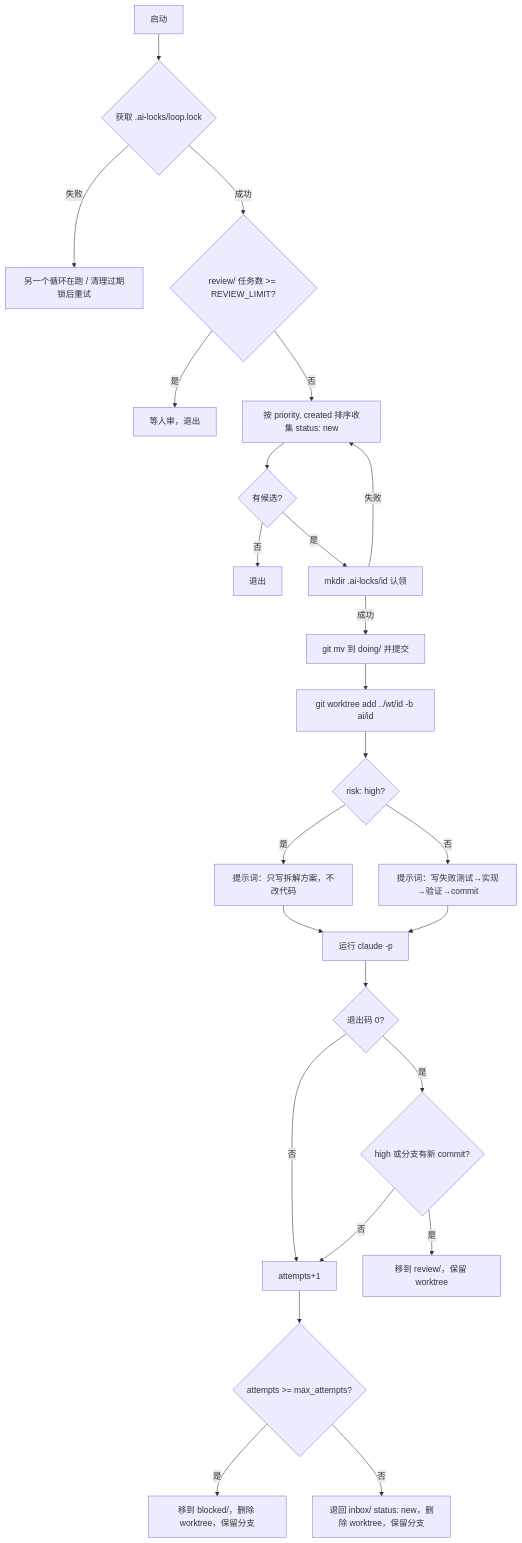
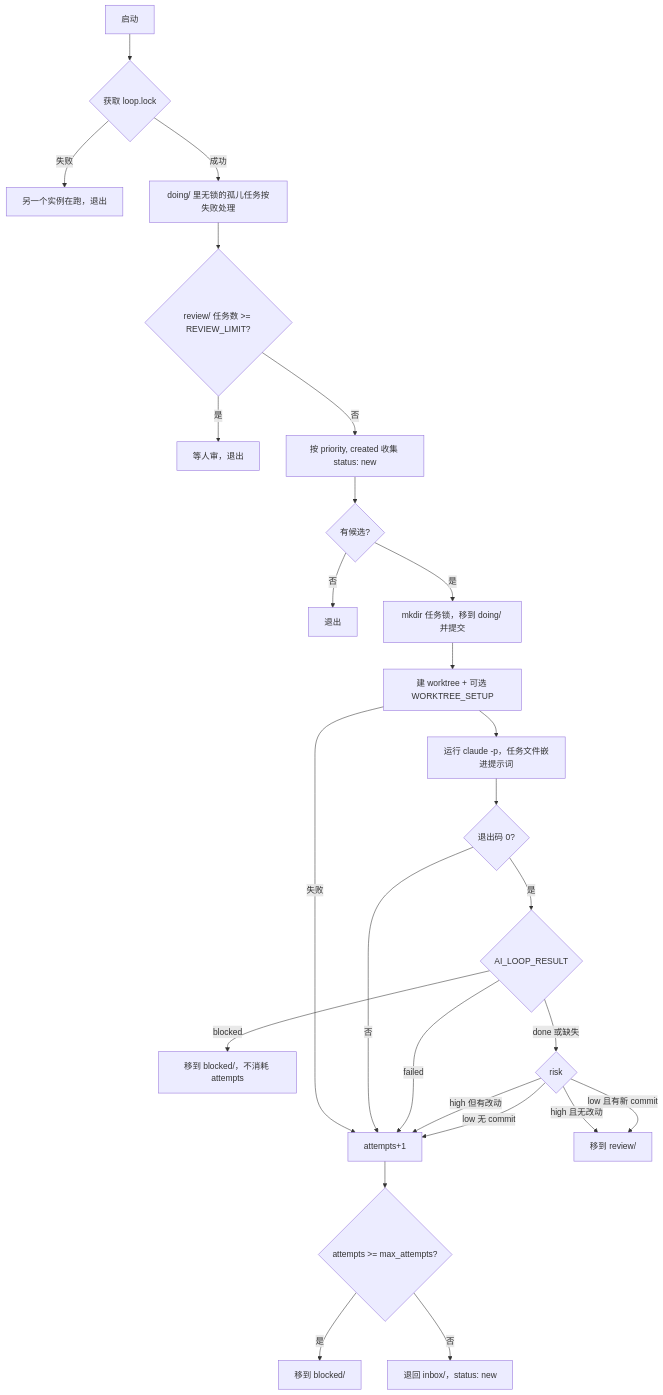
One commit to wangbin3162/ai-workflow changed the second of 2 diagrams in docs/ARCHITECTURE.md. Above: the diagram before and after it, drawn with Mermaid. The commit also changed other lines of this file and 31 other files, not shown here.

````diff
--- a/docs/ARCHITECTURE.md
+++ b/docs/ARCHITECTURE.md
@@ -127,27 +123,28 @@
 ```mermaid
 flowchart TD
-    A[启动] --> B{获取 .ai-locks/loop.lock}
-    B -- 失败 --> B1[另一个循环在跑 / 清理过期锁后重试]
-    B -- 成功 --> C{review/ 任务数 >= REVIEW_LIMIT?}
+    A[启动] --> B{获取 loop.lock}
+    B -- 失败 --> B1[另一个实例在跑，退出]
+    B -- 成功 --> R[doing/ 里无锁的孤儿任务按失败处理]
+    R --> C{review/ 任务数 >= REVIEW_LIMIT?}
     C -- 是 --> C1[等人审，退出]
-    C -- 否 --> D[按 priority, created 排序收集 status: new]
+    C -- 否 --> D[按 priority, created 收集 status: new]
     D --> E{有候选?}
     E -- 否 --> E1[退出]
-    E -- 是 --> F[mkdir .ai-locks/id 认领]
-    F -- 失败 --> D
-    F -- 成功 --> G[git mv 到 doing/ 并提交]
-    G --> H[git worktree add ../wt/id -b ai/id]
-    H --> I{risk: high?}
-    I -- 是 --> J[提示词：只写拆解方案，不改代码]
-    I -- 否 --> K[提示词：写失败测试→实现→验证→commit]
-    J --> L[运行 claude -p]
-    K --> L
+    E -- 是 --> F[mkdir 任务锁，移到 doing/ 并提交]
+    F --> H[建 worktree + 可选 WORKTREE_SETUP]
+    H -- 失败 --> N
+    H --> L[运行 claude -p，任务文件嵌进提示词]
     L --> M{退出码 0?}
     M -- 否 --> N[attempts+1]
-    M -- 是 --> O{high 或分支有新 commit?}
-    O -- 否 --> N
-    O -- 是 --> P[移到 review/，保留 worktree]
+    M -- 是 --> X{AI_LOOP_RESULT}
+    X -- blocked --> BL[移到 blocked/，不消耗 attempts]
+    X -- failed --> N
+    X -- done 或缺失 --> O{risk}
+    O -- high 且无改动 --> P[移到 review/]
+    O -- high 但有改动 --> N
+    O -- low 且有新 commit --> P
+    O -- low 无 commit --> N
     N --> Q{attempts >= max_attempts?}
-    Q -- 是 --> R[移到 blocked/，删除 worktree，保留分支]
-    Q -- 否 --> S[退回 inbox/ status: new，删除 worktree，保留分支]
+    Q -- 是 --> QB[移到 blocked/]
+    Q -- 否 --> QI[退回 inbox/，status: new]
 ```
````
